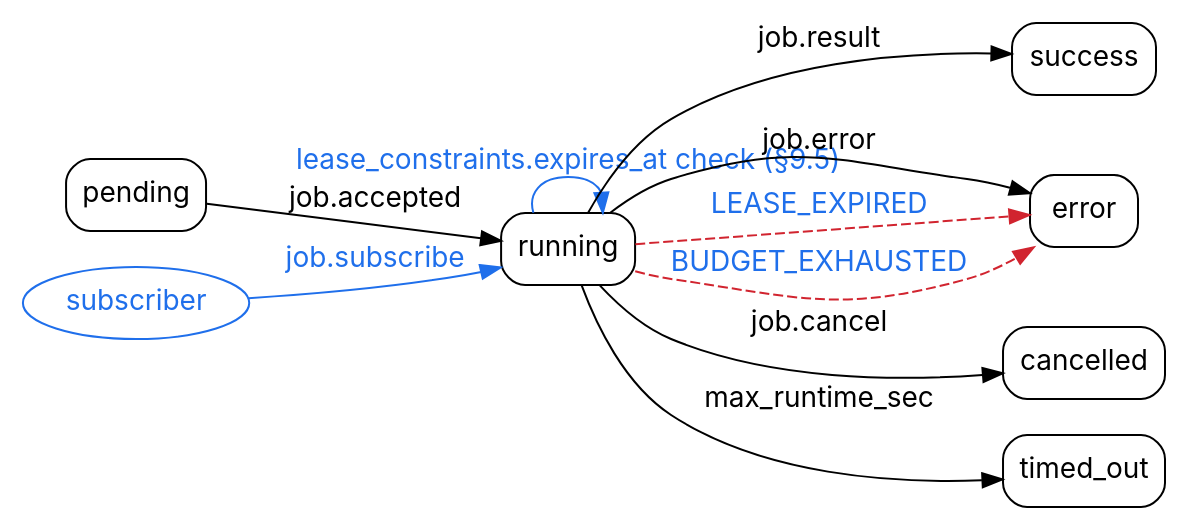
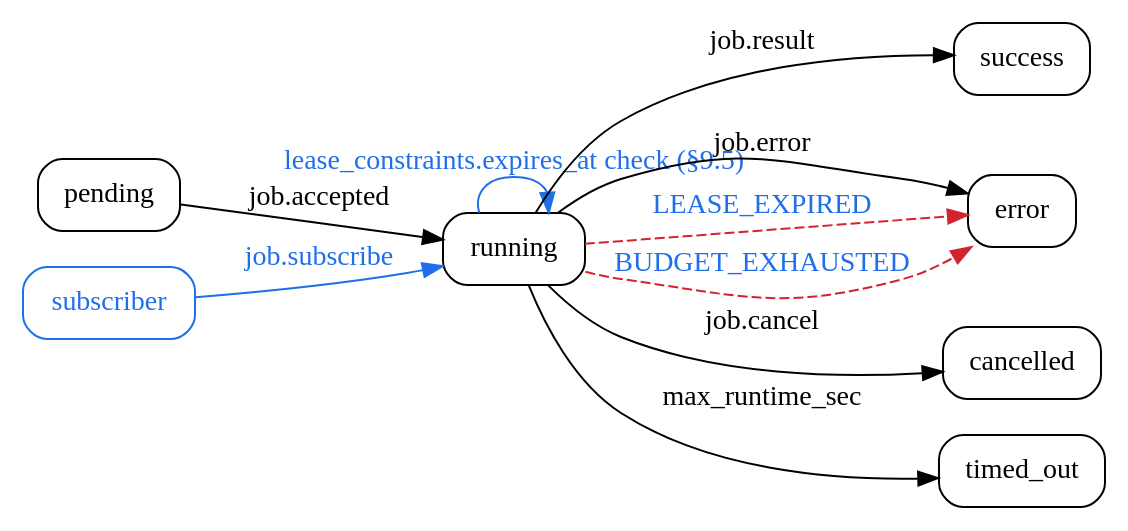
The diagram in docs/diagrams/job-fsm.dot (agentruntimecontrolprotocol/swift-sdk), drawn with Graphviz before and after one commit. The commit also changed 7 other files, not shown here.

First line of the commit message:
Harmonize Graphviz diagrams with the ARCP design system

```diff
--- a/docs/diagrams/job-fsm.dot
+++ b/docs/diagrams/job-fsm.dot
@@ -1,20 +1,20 @@
 digraph ARCPJobFSM {
-  graph [rankdir=LR, fontname="Inter"]
-  node  [shape=box, style=rounded, fontname="Inter"]
-  edge  [fontname="Inter"]
+  graph [rankdir=LR, fontname="TT Commons Pro Trial"]
+  node  [shape=box, style=rounded, fontname="TT Commons Pro Trial"]
+  edge  [fontname="TT Commons Pro Trial"]
 
   pending   -> running    [label="job.accepted"]
   running   -> success    [label="job.result"]
   running   -> error      [label="job.error"]
   running   -> cancelled  [label="job.cancel"]
   running   -> timed_out  [label="max_runtime_sec"]
 
   // v1.1 additions on existing edges (error edges dashed red, blue labels)
   running   -> error      [label="LEASE_EXPIRED",    color="#D1242F", fontcolor="#1F6FEB", style=dashed]
   running   -> error      [label="BUDGET_EXHAUSTED", color="#D1242F", fontcolor="#1F6FEB", style=dashed]
 
   // v1.1 side effects on running (not state changes)
-  subscriber [shape=ellipse, color="#1F6FEB", fontcolor="#1F6FEB"]
+  subscriber [shape=box, style="rounded", color="#1F6FEB", fontcolor="#1F6FEB"]
   subscriber -> running   [label="job.subscribe",                                color="#1F6FEB", fontcolor="#1F6FEB"]
   running   -> running    [label="lease_constraints.expires_at check (§9.5)",    color="#1F6FEB", fontcolor="#1F6FEB"]
 }
```
